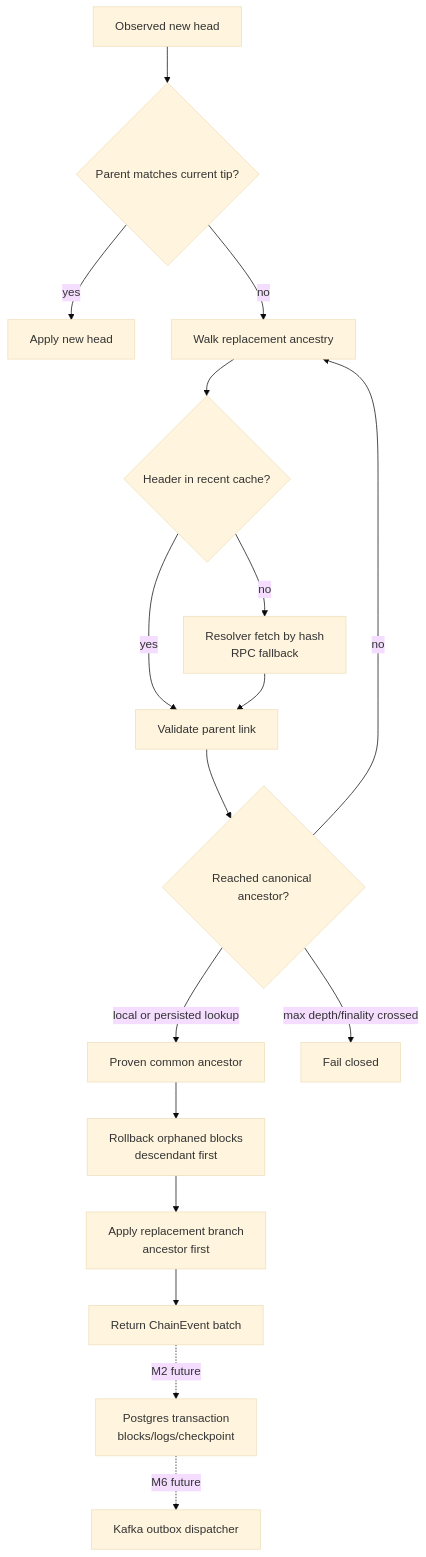
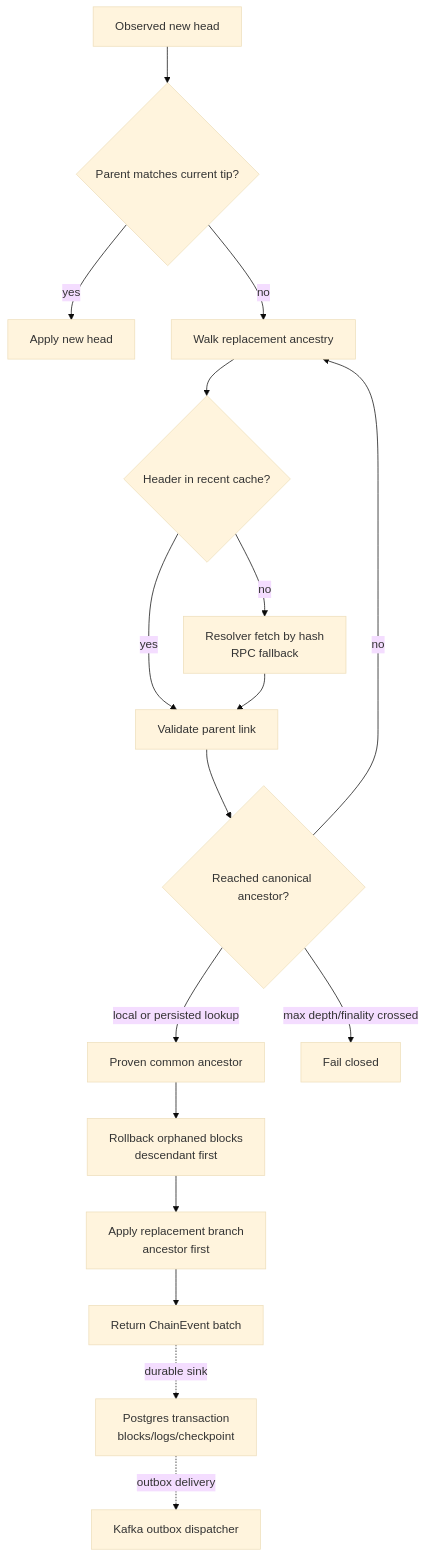
The diagram in README.md (Vatsal-Chaudhary/chainweave), drawn with Mermaid (base theme) before and after one commit. The commit also changed other lines of this file and 20 other files, not shown here.

````diff
--- a/README.md
+++ b/README.md
@@ -54,19 +54,19 @@
 ```mermaid
 flowchart TD
     A[Observed new head] --> B{Parent matches current tip?}
     B -->|yes| C[Apply new head]
     B -->|no| D[Walk replacement ancestry]
     D --> E{Header in recent cache?}
     E -->|yes| F[Validate parent link]
     E -->|no| G[Resolver fetch by hash<br/>RPC fallback]
     G --> F
     F --> H{Reached canonical ancestor?}
     H -->|local or persisted lookup| I[Proven common ancestor]
     H -->|no| D
     H -->|max depth/finality crossed| J[Fail closed]
     I --> K[Rollback orphaned blocks<br/>descendant first]
     K --> L[Apply replacement branch<br/>ancestor first]
     L --> M[Return ChainEvent batch]
-    M -. M2 future .-> N[Postgres transaction<br/>blocks/logs/checkpoint]
-    N -. M6 future .-> O[Kafka outbox dispatcher]
+    M -. durable sink .-> N[Postgres transaction<br/>blocks/logs/checkpoint]
+    N -. outbox delivery .-> O[Kafka outbox dispatcher]
 ```
````
